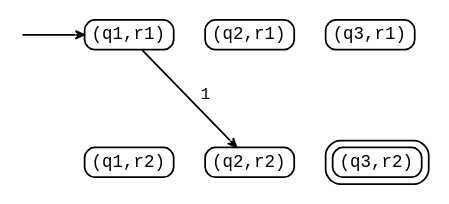
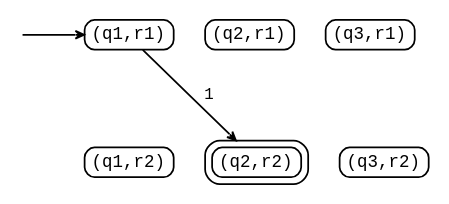
The diagram in notes/week02/intersect2.dot (ND-CSE-30151/spring-2018), drawn with Graphviz before and after one commit. The commit also changed 5 other files, not shown here.

```diff
--- a/notes/week02/intersect2.dot
+++ b/notes/week02/intersect2.dot
@@ -1,28 +1,28 @@
 digraph {
   rankdir=TB;
   node [fontname=Courier,fontsize=10,shape=box,style=rounded,height=0,width=0,margin="0.055,0.042"];
   edge [arrowhead=vee,arrowsize=0.5,fontname=Courier,fontsize=9];
 
   {
   rank=same;
   _START[shape=none,label=""];
   q1r1[label=<(q1,r1)>];
   q2r1[label=<(q2,r1)>];
   q3r1[label=<(q3,r1)>];
   }
 
   {
   rank=same;
   fakestart[shape=none,label=""];
   q1r2[label=<(q1,r2)>];
-  q2r2[label=<(q2,r2)>];
-  q3r2[label=<(q3,r2)>,peripheries=2];
+  q2r2[label=<(q2,r2)>,peripheries=2];
+  q3r2[label=<(q3,r2)>];
   }
 
   _START -> fakestart[style=invis];
 
   edge[constraint=false];
   _START -> q1r1;
   fakestart -> q1r2[style=invis];
   q1r1 -> q2r2[label=<<table border="0" cellpadding="1"><tr><td>1</td></tr></table>>];
 }
```
